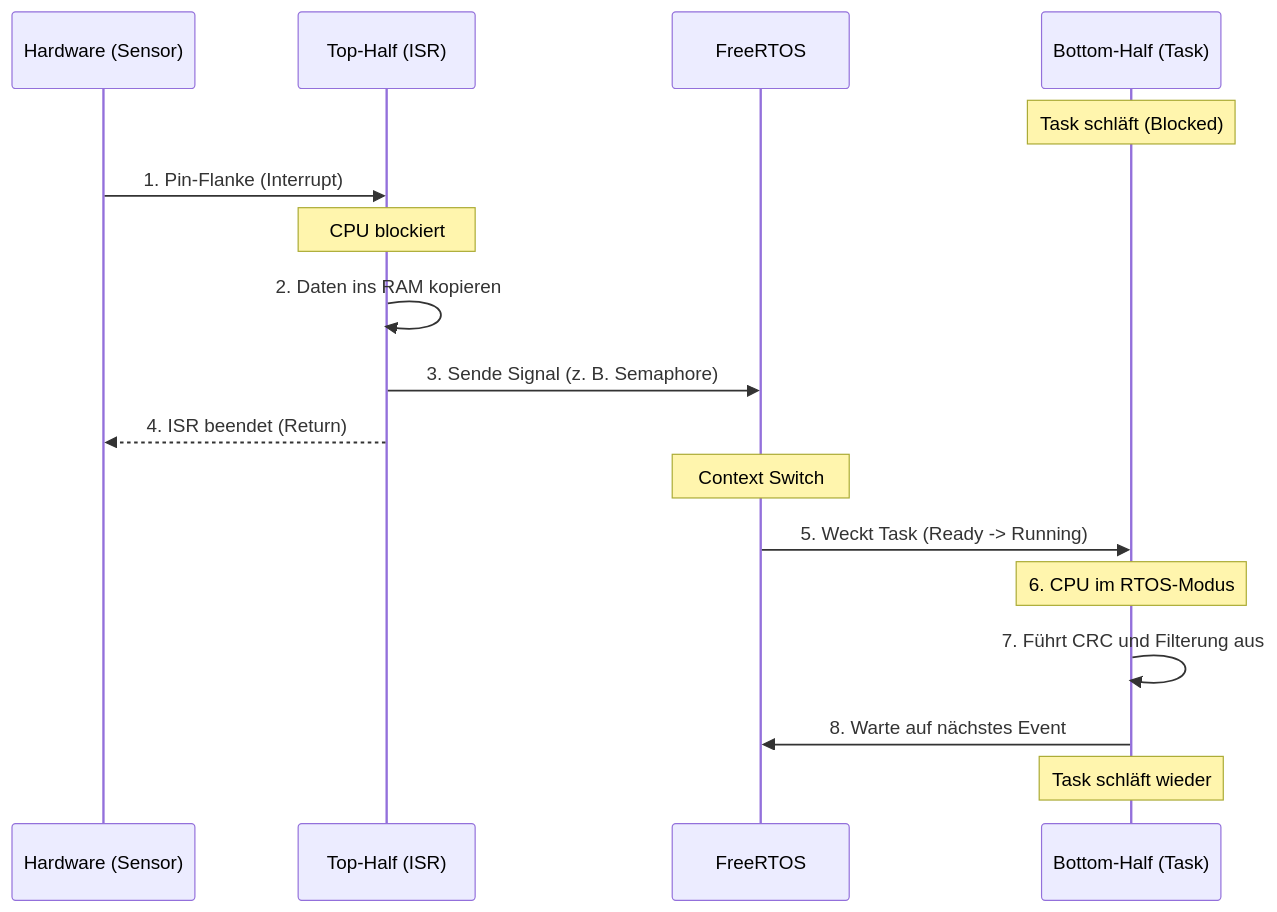
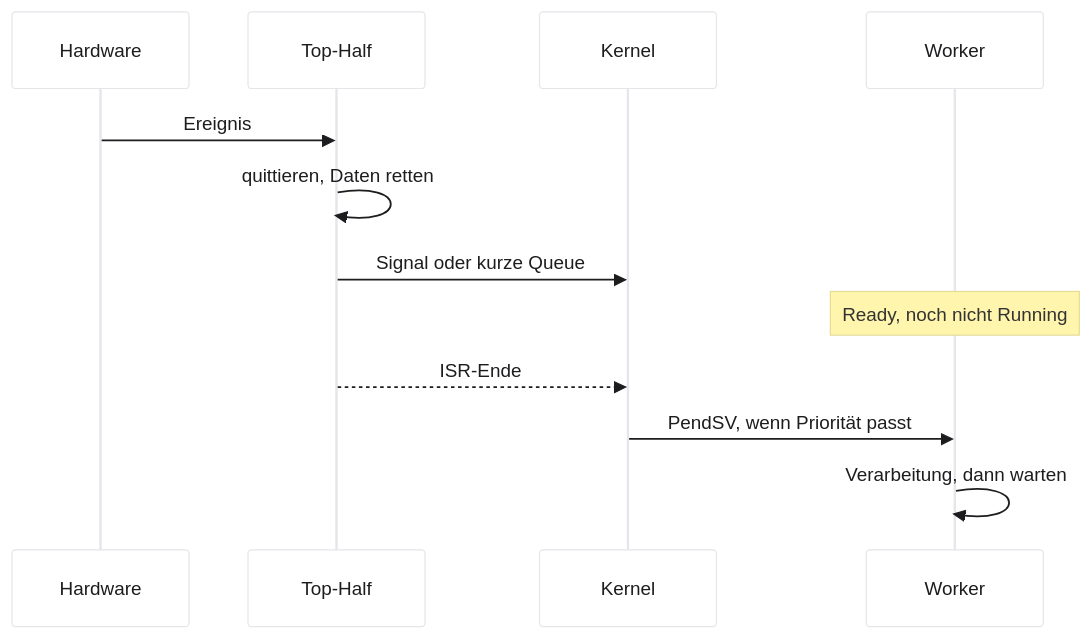
The second of 3 diagrams in vorlesungen/05_inter-task-kommunikation.qmd (dantschi/echtzeitsysteme), drawn with Mermaid before and after one commit. The commit also changed other lines of this file and 1 other file, not shown here.

First line of the commit message:
VL5: Queues, Mailbox und EXTI-Anbindung fachlich schärfen.

````diff
--- a/vorlesungen/05_inter-task-kommunikation.qmd
+++ b/vorlesungen/05_inter-task-kommunikation.qmd
@@ -503,23 +529,16 @@
 ```{mermaid}
+%%| fig-width: 6.2
+%%{init: {'theme': 'base', 'themeVariables': {'background': '#FFFFFF', 'primaryColor': '#FFFFFF', 'primaryBorderColor': '#E5E5EA', 'primaryTextColor': '#1D1D1F', 'lineColor': '#86868B'}}}%%
 sequenceDiagram
-    participant HW as Hardware (Sensor)
-    participant ISR as Top-Half (ISR)
-    participant OS as FreeRTOS
-    participant Task as Bottom-Half (Task)
-
-    Note over Task: Task schläft (Blocked)
-
-    HW->>ISR: 1. Pin-Flanke (Interrupt)
-    Note over ISR: CPU blockiert
-    ISR->>ISR: 2. Daten ins RAM kopieren
-    ISR->>OS: 3. Sende Signal (z. B. Semaphore)
-    ISR-->>HW: 4. ISR beendet (Return)
-
-    Note over OS: Context Switch
-    OS->>Task: 5. Weckt Task (Ready -> Running)
-
-    Note over Task: 6. CPU im RTOS-Modus
-    Task->>Task: 7. Führt CRC und Filterung aus
-    Task->>OS: 8. Warte auf nächstes Event
-    Note over Task: Task schläft wieder
+  participant HW as Hardware
+  participant ISR as Top-Half
+  participant K as Kernel
+  participant W as Worker
+  HW->>ISR: Ereignis
+  ISR->>ISR: quittieren, Daten retten
+  ISR->>K: Signal oder kurze Queue
+  Note over W: Ready, noch nicht Running
+  ISR-->>K: ISR-Ende
+  K->>W: PendSV, wenn Priorität passt
+  W->>W: Verarbeitung, dann warten
 ```
````
